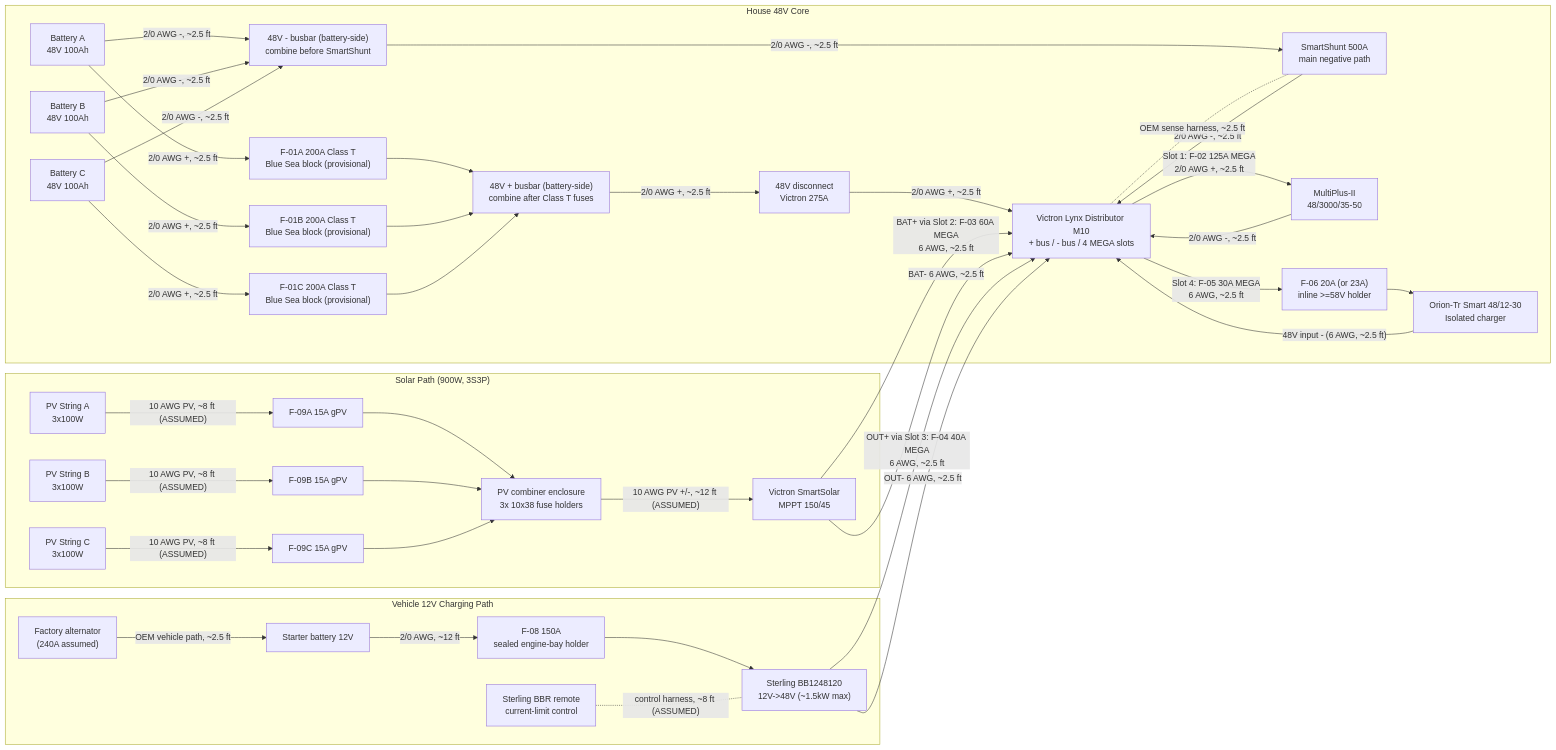
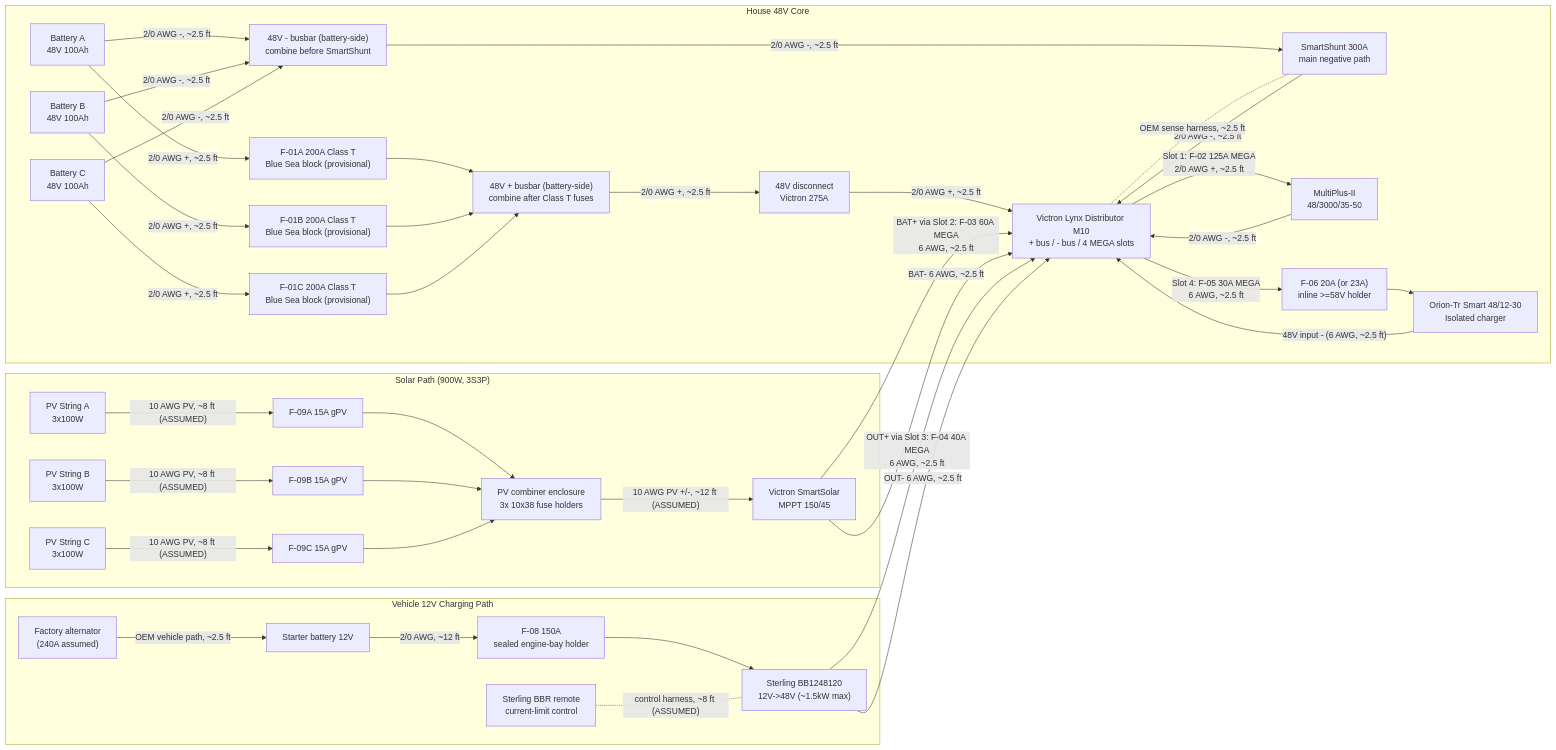
The first of 4 diagrams in docs/ELECTRICAL_overview_diagram.md (DataDaneDev/HiatusBuild), drawn with Mermaid before and after one commit. The commit also changed other lines of this file and 12 other files, not shown here.

````diff
--- a/docs/ELECTRICAL_overview_diagram.md
+++ b/docs/ELECTRICAL_overview_diagram.md
@@ -43,70 +43,70 @@
 ```mermaid
 flowchart LR
     subgraph VEHICLE_12V["Vehicle 12V Charging Path"]
         ALT["Factory alternator\n(240A assumed)"]
         START["Starter battery 12V"]
         F08["F-08 150A\nsealed engine-bay holder"]
         B2B["Sterling BB1248120\n12V->48V (~1.5kW max)"]
         BBR["Sterling BBR remote\ncurrent-limit control"]
         ALT -- "OEM vehicle path, ~2.5 ft" --> START
         START -- "2/0 AWG, ~12 ft" --> F08 --> B2B
         BBR -. "control harness, ~8 ft (ASSUMED)" .- B2B
     end
 
     subgraph PV_PATH["Solar Path (900W, 3S3P)"]
         PVA["PV String A\n3x100W"]
         PVB["PV String B\n3x100W"]
         PVC["PV String C\n3x100W"]
         F09A["F-09A 15A gPV"]
         F09B["F-09B 15A gPV"]
         F09C["F-09C 15A gPV"]
         COMB["PV combiner enclosure\n3x 10x38 fuse holders"]
         MPPT["Victron SmartSolar\nMPPT 150/45"]
         PVA -- "10 AWG PV, ~8 ft (ASSUMED)" --> F09A --> COMB
         PVB -- "10 AWG PV, ~8 ft (ASSUMED)" --> F09B --> COMB
         PVC -- "10 AWG PV, ~8 ft (ASSUMED)" --> F09C --> COMB
         COMB -- "10 AWG PV +/-, ~12 ft (ASSUMED)" --> MPPT
     end
 
     subgraph HOUSE_48V["House 48V Core"]
         BATA["Battery A\n48V 100Ah"]
         BATB["Battery B\n48V 100Ah"]
         BATC["Battery C\n48V 100Ah"]
         F01A["F-01A 200A Class T\nBlue Sea block (provisional)"]
         F01B["F-01B 200A Class T\nBlue Sea block (provisional)"]
         F01C["F-01C 200A Class T\nBlue Sea block (provisional)"]
         POSBUS["48V + busbar (battery-side)\ncombine after Class T fuses"]
         NEGBUS["48V - busbar (battery-side)\ncombine before SmartShunt"]
         DISC["48V disconnect\nVictron 275A"]
-        SHUNT["SmartShunt 500A\nmain negative path"]
+        SHUNT["SmartShunt 300A\nmain negative path"]
         LYNX["Victron Lynx Distributor M10\n+ bus / - bus / 4 MEGA slots"]
         MULTI["MultiPlus-II\n48/3000/35-50"]
         ORION["Orion-Tr Smart 48/12-30\nIsolated charger"]
         F06["F-06 20A (or 23A)\ninline >=58V holder"]
     end
 
     BATA -- "2/0 AWG +, ~2.5 ft" --> F01A --> POSBUS
     BATB -- "2/0 AWG +, ~2.5 ft" --> F01B --> POSBUS
     BATC -- "2/0 AWG +, ~2.5 ft" --> F01C --> POSBUS
     POSBUS -- "2/0 AWG +, ~2.5 ft" --> DISC
     DISC -- "2/0 AWG +, ~2.5 ft" --> LYNX
 
     BATA -- "2/0 AWG -, ~2.5 ft" --> NEGBUS
     BATB -- "2/0 AWG -, ~2.5 ft" --> NEGBUS
     BATC -- "2/0 AWG -, ~2.5 ft" --> NEGBUS
     NEGBUS -- "2/0 AWG -, ~2.5 ft" --> SHUNT
     SHUNT -- "2/0 AWG -, ~2.5 ft" --> LYNX
     LYNX -. "OEM sense harness, ~2.5 ft" .- SHUNT
 
     LYNX -- "Slot 1: F-02 125A MEGA\n2/0 AWG +, ~2.5 ft" --> MULTI
     MULTI -- "2/0 AWG -, ~2.5 ft" --> LYNX
 
     MPPT -- "BAT+ via Slot 2: F-03 60A MEGA\n6 AWG, ~2.5 ft" --> LYNX
     MPPT -- "BAT- 6 AWG, ~2.5 ft" --> LYNX
 
     B2B -- "OUT+ via Slot 3: F-04 40A MEGA\n6 AWG, ~2.5 ft" --> LYNX
     B2B -- "OUT- 6 AWG, ~2.5 ft" --> LYNX
 
     LYNX -- "Slot 4: F-05 30A MEGA\n6 AWG, ~2.5 ft" --> F06 --> ORION
     ORION -- "48V input - (6 AWG, ~2.5 ft)" --> LYNX
 ```
````
